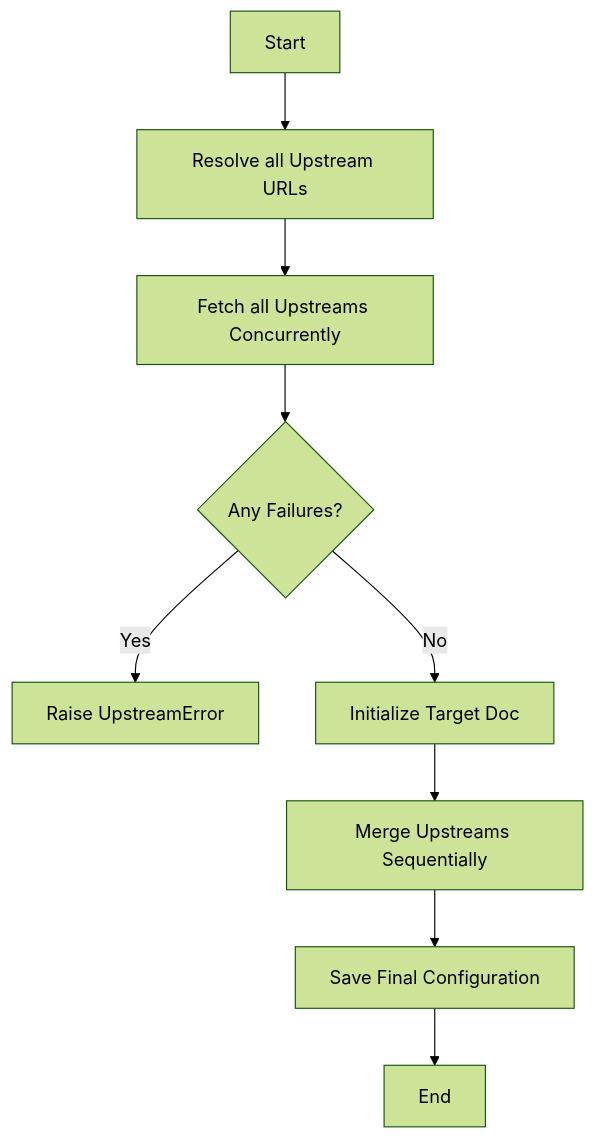
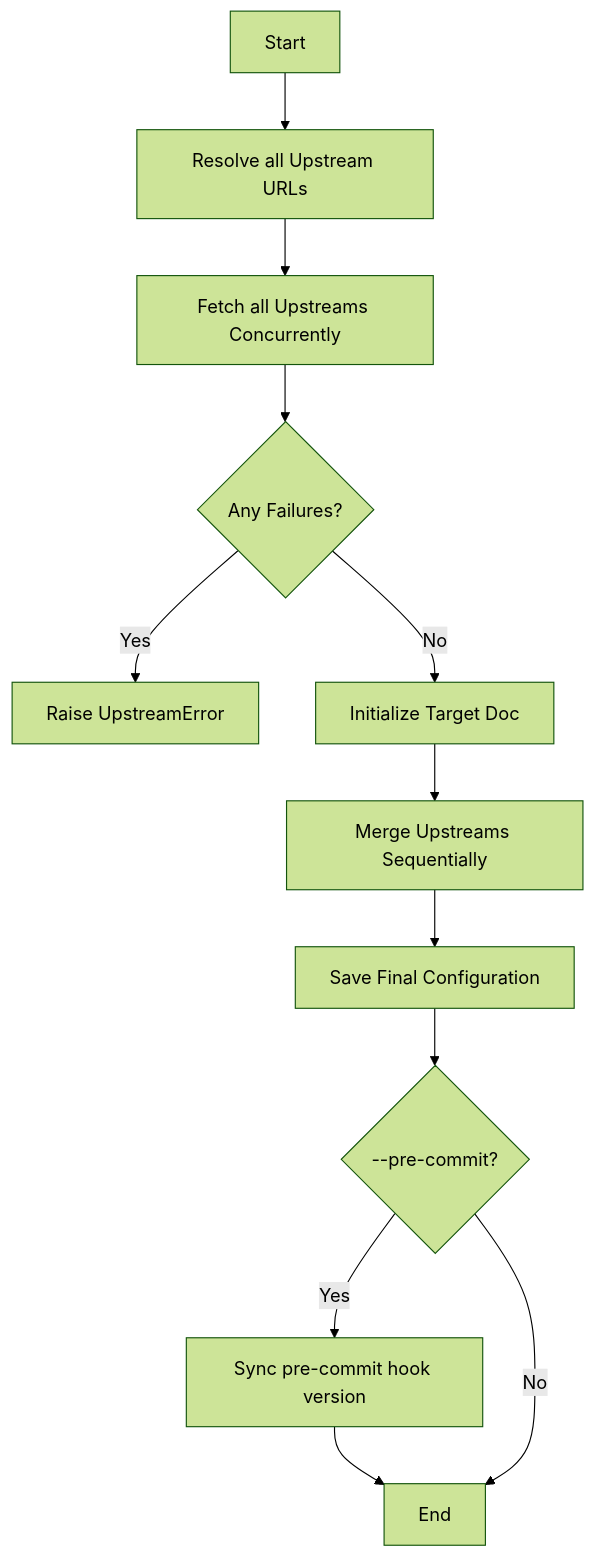
Before and after one commit to Kilo59/ruff-sync: the first of 2 diagrams in docs/usage.md, drawn with Mermaid (forest theme). The commit also changed other lines of this file and 13 other files, not shown here.

First line of the commit message:
feat: implement pre-commit hook version synchronization

````diff
--- a/docs/usage.md
+++ b/docs/usage.md
@@ -138,11 +146,14 @@
 ```mermaid
 graph TD
     A[Start] --> B[Resolve all Upstream URLs]
     B --> C[Fetch all Upstreams Concurrently]
     C --> D{Any Failures?}
     D -- Yes --> E[Raise UpstreamError]
     D -- No --> F[Initialize Target Doc]
     F --> G[Merge Upstreams Sequentially]
     G --> H[Save Final Configuration]
-    H --> I[End]
+    H --> PC{--pre-commit?}
+    PC -- Yes --> SyncPC[Sync pre-commit hook version]
+    SyncPC --> I[End]
+    PC -- No --> I[End]
 ```
````
